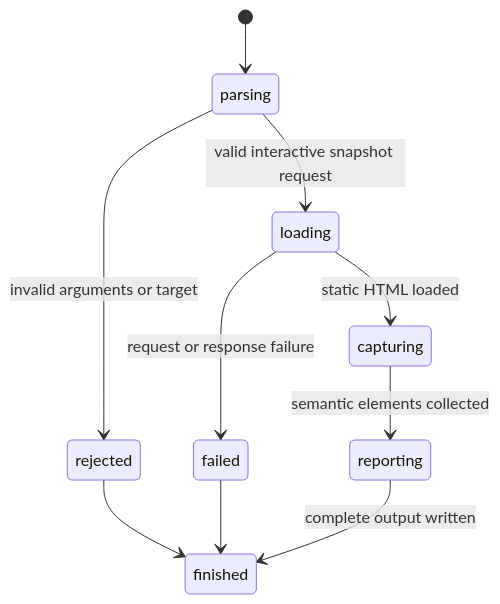
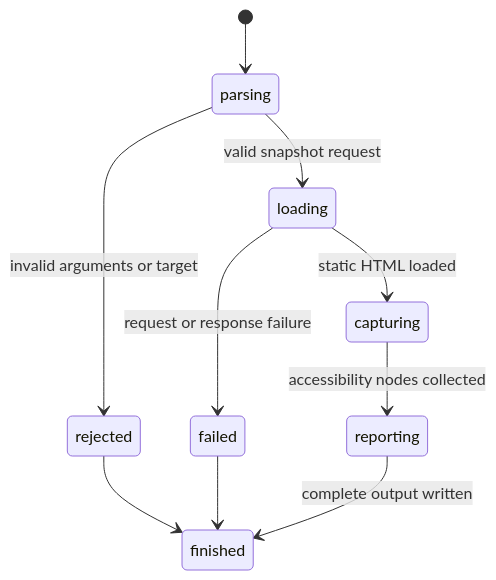
Before and after one commit to thoriqakbar0/browser.jr: the diagram in inspection/capture-snapshot.md, drawn with Mermaid. The commit also changed other lines of this file and 80 other files, not shown here.

````diff
--- a/inspection/capture-snapshot.md
+++ b/inspection/capture-snapshot.md
@@ -39,12 +68,12 @@
 ```mermaid
 stateDiagram-v2
     [*] --> parsing
     parsing --> rejected : invalid arguments or target
-    parsing --> loading : valid interactive snapshot request
+    parsing --> loading : valid snapshot request
     loading --> failed : request or response failure
     loading --> capturing : static HTML loaded
-    capturing --> reporting : semantic elements collected
+    capturing --> reporting : accessibility nodes collected
     reporting --> finished : complete output written
     rejected --> finished
     failed --> finished
 ```
````
